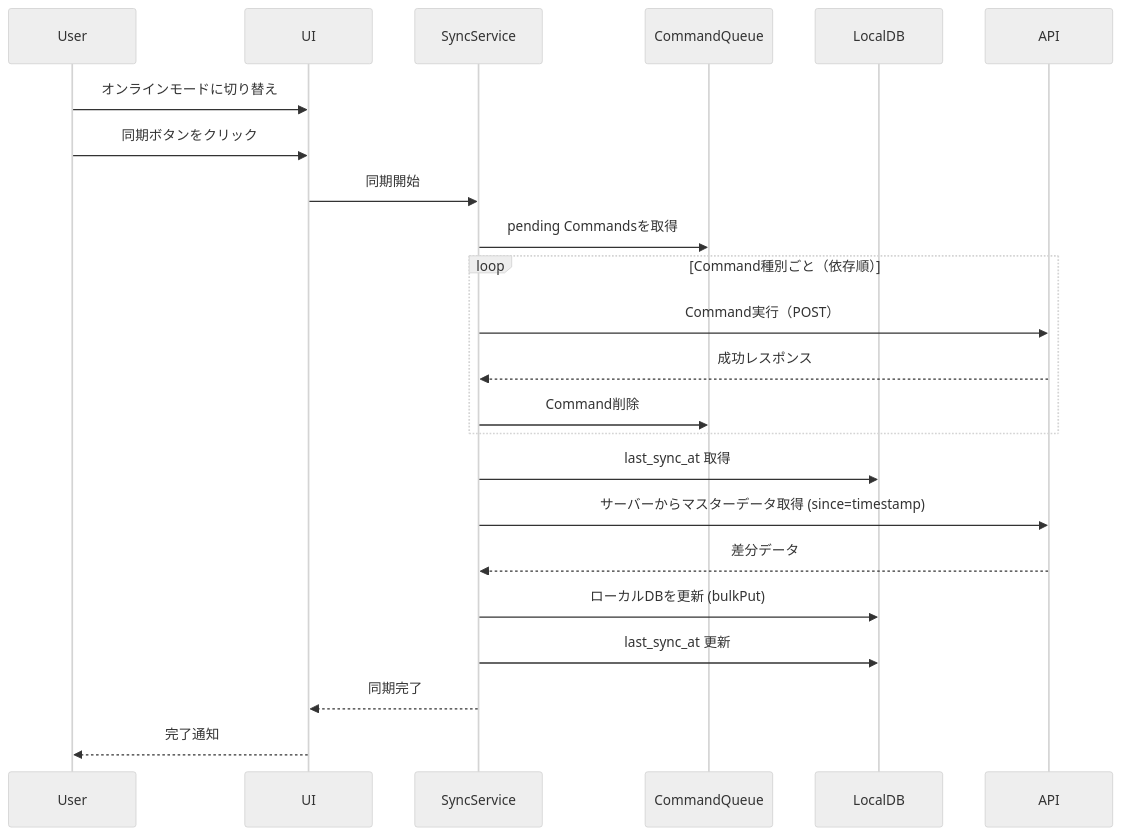
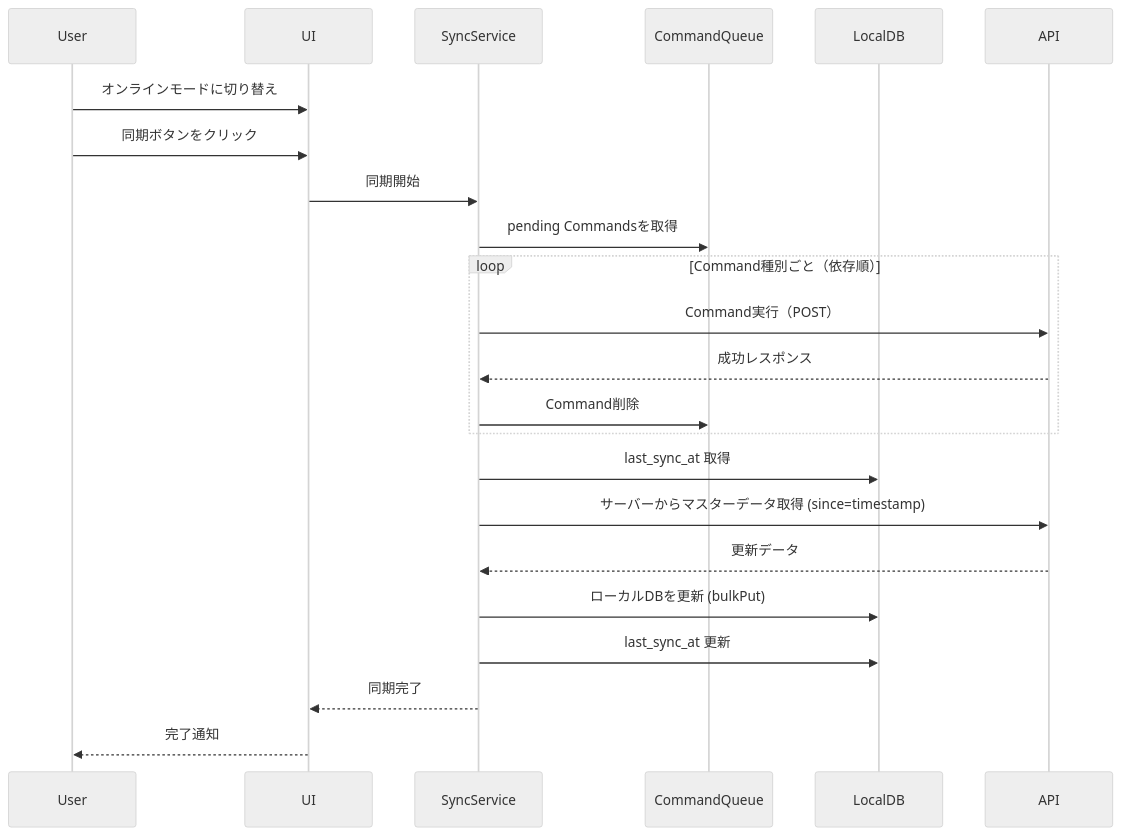
Before and after one commit to funayamateppei/local_bridge: the second of 6 diagrams in frontend/ARCHITECTURE.md, drawn with Mermaid (neutral theme). The commit also changed 1 other file, not shown here.

Commit message:
docs: APIのコメントを「差分取得対応」から「増分取得対応」に変更し、更新データの表現を修正

````diff
--- a/frontend/ARCHITECTURE.md
+++ b/frontend/ARCHITECTURE.md
@@ -131,29 +131,29 @@
 ```mermaid
 sequenceDiagram
     participant User
     participant UI
     participant SyncService
     participant CommandQueue
     participant LocalDB
     participant API
 
     User->>UI: オンラインモードに切り替え
     User->>UI: 同期ボタンをクリック
     UI->>SyncService: 同期開始
 
     SyncService->>CommandQueue: pending Commandsを取得
     loop Command種別ごと（依存順）
         SyncService->>API: Command実行（POST）
         API-->>SyncService: 成功レスポンス
         SyncService->>CommandQueue: Command削除
     end
 
     SyncService->>LocalDB: last_sync_at 取得
     SyncService->>API: サーバーからマスターデータ取得 (since=timestamp)
-    API-->>SyncService: 差分データ
+    API-->>SyncService: 更新データ
     SyncService->>LocalDB: ローカルDBを更新 (bulkPut)
     SyncService->>LocalDB: last_sync_at 更新
 
     SyncService-->>UI: 同期完了
     UI-->>User: 完了通知
 ```
````
